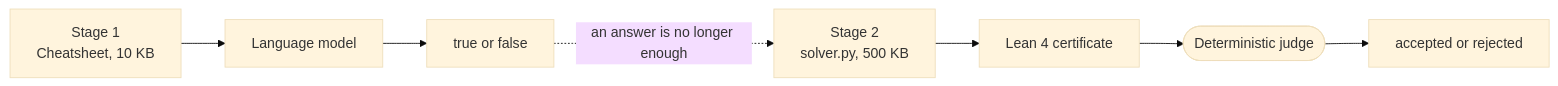
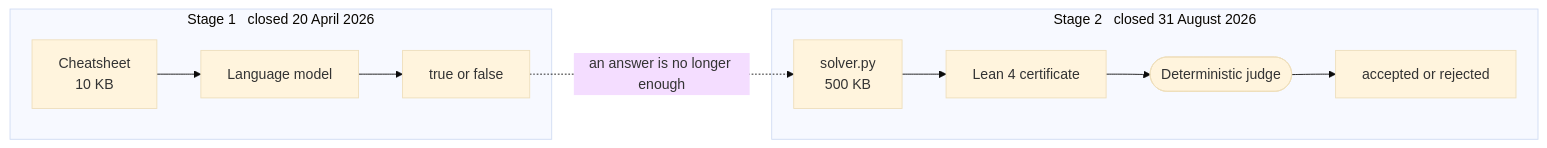
Before and after one commit to Amey-Thakur/MATHEMATICS-DISTILLATION-CHALLENGE: the first of 2 diagrams in README.md, drawn with Mermaid (base theme).

````diff
--- a/README.md
+++ b/README.md
@@ -74,9 +74,13 @@
 ```mermaid
 flowchart LR
-    A["Stage 1<br>Cheatsheet, 10 KB"] --> B["Language model"]
-    B --> C["true or false"]
-    C -.->|"an answer is no longer enough"| D["Stage 2<br>solver.py, 500 KB"]
-    D --> E["Lean 4 certificate"]
-    E --> F(["Deterministic judge"])
-    F --> G["accepted or rejected"]
+    subgraph S1["Stage 1 &nbsp; closed 20 April 2026"]
+        A["Cheatsheet<br>10 KB"] --> B["Language model"]
+        B --> C["true or false"]
+    end
+    subgraph S2["Stage 2 &nbsp; closed 31 August 2026"]
+        D["solver.py<br>500 KB"] --> E["Lean 4 certificate"]
+        E --> F(["Deterministic judge"])
+        F --> G["accepted or rejected"]
+    end
+    C -.->|"an answer is no longer enough"| D
 ```
````
